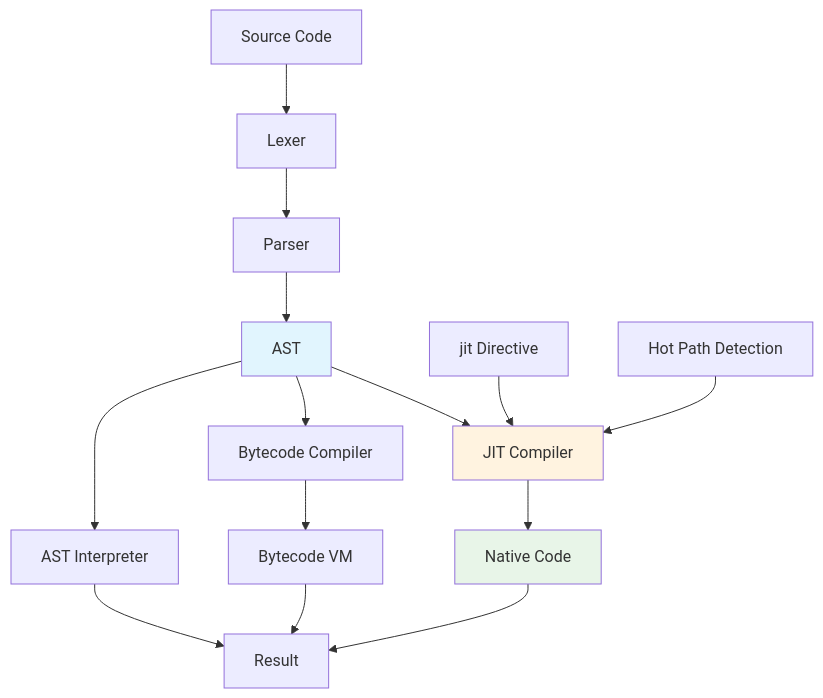
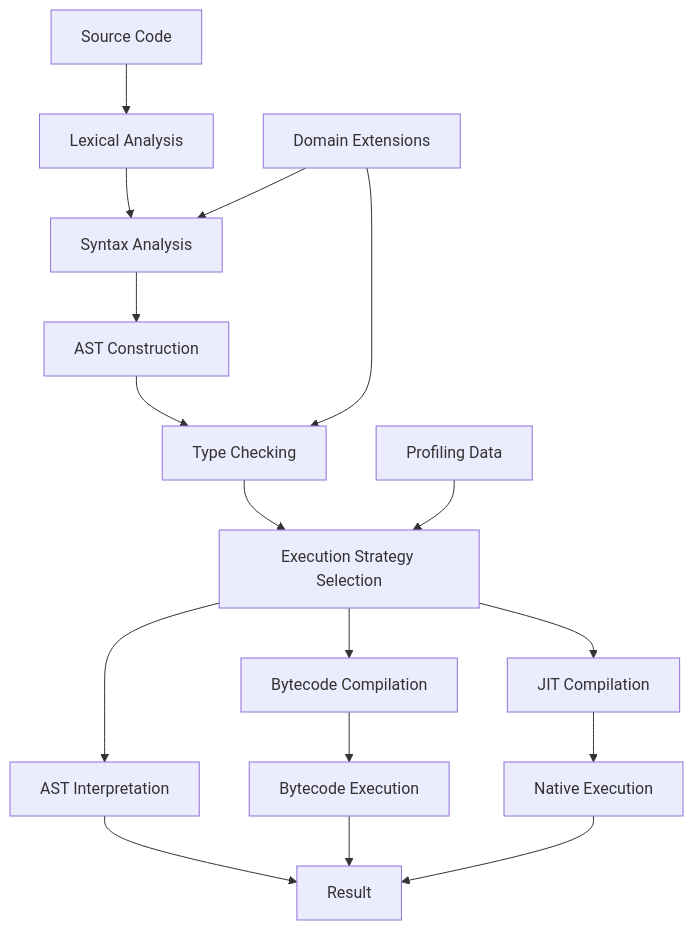
Before and after one commit to elijahmanda/symbolic-lang-showcase: the first of 2 diagrams in README.md, drawn with Mermaid.

Commit message:
Update README.md
Update language execution flow

````diff
--- a/README.md
+++ b/README.md
@@ -53,24 +53,23 @@
 ```mermaid
 graph TD
-    A[Source Code] --> B[Lexer]
-    B --> C[Parser]
-    C --> D[AST]
+    A[Source Code] --> B[Lexical Analysis]
+    B --> C[Syntax Analysis]
+    C --> D[AST Construction]
+    D --> E[Type Checking]
+    E --> F[Execution Strategy Selection]
     
-    D --> E[AST Interpreter]
-    D --> F[Bytecode Compiler]
-    D --> G[JIT Compiler]
+    F --> G[AST Interpretation]
+    F --> H[Bytecode Compilation]
+    F --> I[JIT Compilation]
     
-    F --> H[Bytecode VM]
-    G --> I[Native Code]
+    G --> J[Result]
+    H --> K[Bytecode Execution]
+    I --> L[Native Execution]
     
-    E --> J[Result]
-    H --> J
-    I --> J
+    K --> J
+    L --> J
     
-    K[jit Directive] --> G
-    L[Hot Path Detection] --> G
-    
-    style D fill:#e1f5fe
-    style G fill:#fff3e0
-    style I fill:#e8f5e8
+    M[Profiling Data] --> F
+    N[Domain Extensions] --> C
+    N --> E
 ```
````
